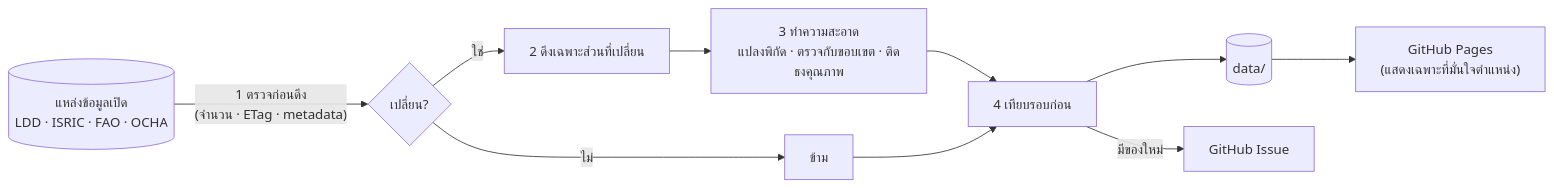
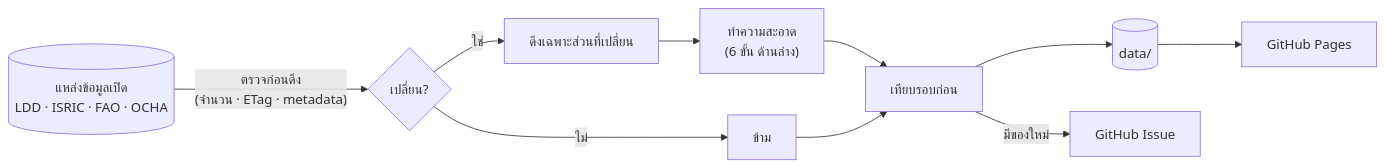
Before and after one commit to Navavit/sisoil: the first of 2 diagrams in README.md, drawn with Mermaid. The commit also changed other lines of this file and 4 other files, not shown here.

First line of the commit message:
ปรับเอกสาร GitHub ให้เป็นปัจจุบัน

````diff
--- a/README.md
+++ b/README.md
@@ -31,12 +31,12 @@
 ```mermaid
 flowchart LR
-    SRC[("แหล่งข้อมูลเปิด<br/>LDD · ISRIC · FAO · OCHA")] -->|"1 ตรวจก่อนดึง<br/>(จำนวน · ETag · metadata)"| CHK{เปลี่ยน?}
+    SRC[("แหล่งข้อมูลเปิด<br/>LDD · ISRIC · FAO · OCHA")] -->|"ตรวจก่อนดึง<br/>(จำนวน · ETag · metadata)"| CHK{เปลี่ยน?}
     CHK -->|ไม่| SKIP[ข้าม]
-    CHK -->|ใช่| GET["2 ดึงเฉพาะส่วนที่เปลี่ยน"]
-    GET --> CLEAN["3 ทำความสะอาด<br/>แปลงพิกัด · ตรวจกับขอบเขต · ติดธงคุณภาพ"]
-    CLEAN --> DIFF["4 เทียบรอบก่อน"]
+    CHK -->|ใช่| GET["ดึงเฉพาะส่วนที่เปลี่ยน"]
+    GET --> CLEAN["ทำความสะอาด<br/>(6 ขั้น ด้านล่าง)"]
+    CLEAN --> DIFF["เทียบรอบก่อน"]
     SKIP --> DIFF
     DIFF --> DATA[("data/")]
     DIFF -->|มีของใหม่| ISSUE[GitHub Issue]
-    DATA --> WEB["GitHub Pages<br/>(แสดงเฉพาะที่มั่นใจตำแหน่ง)"]
+    DATA --> WEB["GitHub Pages"]
 ```
````
